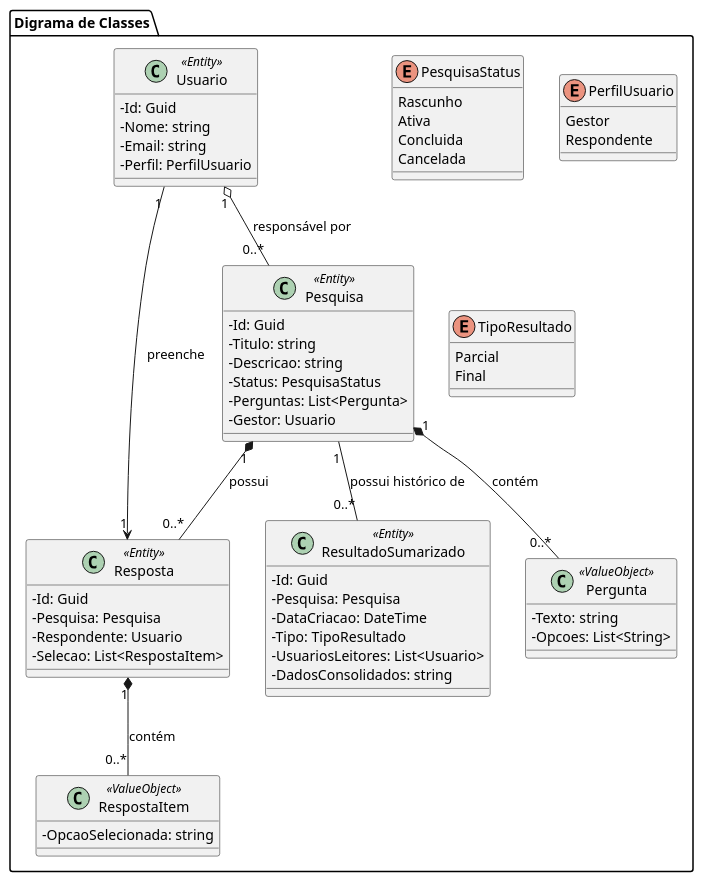
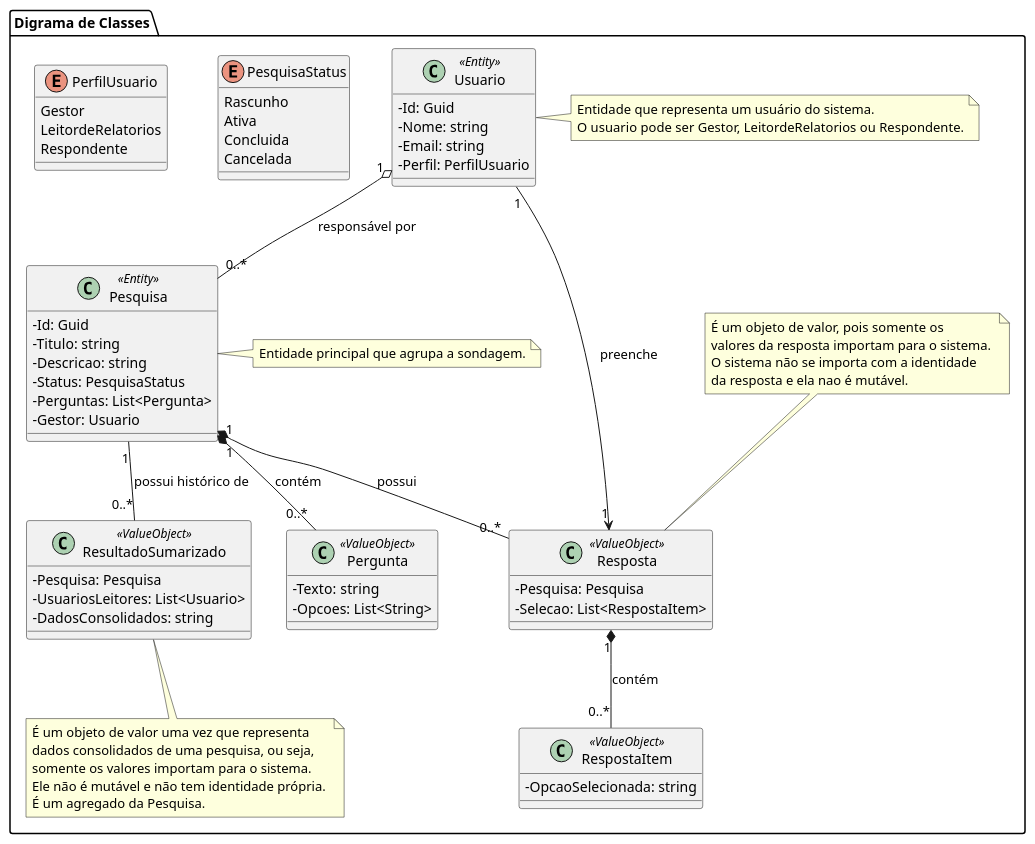
Before and after one commit to brunoropacheco/infnet_dotnet: the diagram in docs/diagrams/diagrama_classes.puml, drawn with PlantUML. The commit also changed 146 other files, not shown here.

Commit message:
mudanca classes e Repositories mudanca na classificacao de algumas classes para simplificar o sistema e implemetnacao das Repositories

```diff
--- a/docs/diagrams/diagrama_classes.puml
+++ b/docs/diagrams/diagrama_classes.puml
@@ -1,69 +1,80 @@
 @startuml GestaoPesquisas
 
 ' Diagrama de classes inicial para o contexto "Gestao de Pesquisas"
 ' Arquivo gerado por GitHub Copilot
 
 skinparam classAttributeIconSize 0
 
 package "Digrama de Classes" {
 
   class Pesquisa <<Entity>> {
     - Id: Guid
     - Titulo: string
     - Descricao: string
     - Status: PesquisaStatus
     - Perguntas: List<Pergunta>
     - Gestor: Usuario
   }
+  note right of Pesquisa
+    Entidade principal que agrupa a sondagem.
+  end note
   enum PesquisaStatus {
     Rascunho
     Ativa
     Concluida
     Cancelada
   }
   class Usuario <<Entity>> {
     - Id: Guid
     - Nome: string
     - Email: string
     - Perfil: PerfilUsuario
   }
+  note right of Usuario
+    Entidade que representa um usuário do sistema. 
+    O usuario pode ser Gestor, LeitordeRelatorios ou Respondente.
+  end note
   enum PerfilUsuario {
     Gestor
+    LeitordeRelatorios
     Respondente
   }
   class Pergunta <<ValueObject>> {
     - Texto: string
     - Opcoes: List<String>
   }
-  class Resposta <<Entity>> {
-    - Id: Guid
+  class Resposta <<ValueObject>> {
     - Pesquisa: Pesquisa
-    - Respondente: Usuario
     - Selecao: List<RespostaItem>
   }
-
+  note top of Resposta
+    É um objeto de valor, pois somente os 
+    valores da resposta importam para o sistema. 
+    O sistema não se importa com a identidade 
+    da resposta e ela nao é mutável.
+  end note
   class RespostaItem <<ValueObject>> {
     - OpcaoSelecionada: string
   }
-  class ResultadoSumarizado <<Entity>> {
-    - Id: Guid
+  class ResultadoSumarizado <<ValueObject>> {
     - Pesquisa: Pesquisa
-    - DataCriacao: DateTime
-    - Tipo: TipoResultado
     - UsuariosLeitores: List<Usuario>
     - DadosConsolidados: string
   }
+  note bottom of ResultadoSumarizado
+    É um objeto de valor uma vez que representa 
+    dados consolidados de uma pesquisa, ou seja, 
+    somente os valores importam para o sistema. 
+    Ele não é mutável e não tem identidade própria. 
+    É um agregado da Pesquisa.
+  end note
 
-  enum TipoResultado {
-    Parcial
-    Final
-  }
 
 Usuario "1" o-- "0..*" Pesquisa : responsável por
 Pesquisa "1" *-- "0..*" Pergunta : contém
 Pesquisa "1" *-- "0..*" Resposta : possui
 Resposta "1" *-- "0..*" RespostaItem : contém
 Usuario "1" --> "1" Resposta : preenche
 Pesquisa "1" -- "0..*" ResultadoSumarizado : possui histórico de
 
 @enduml
```
